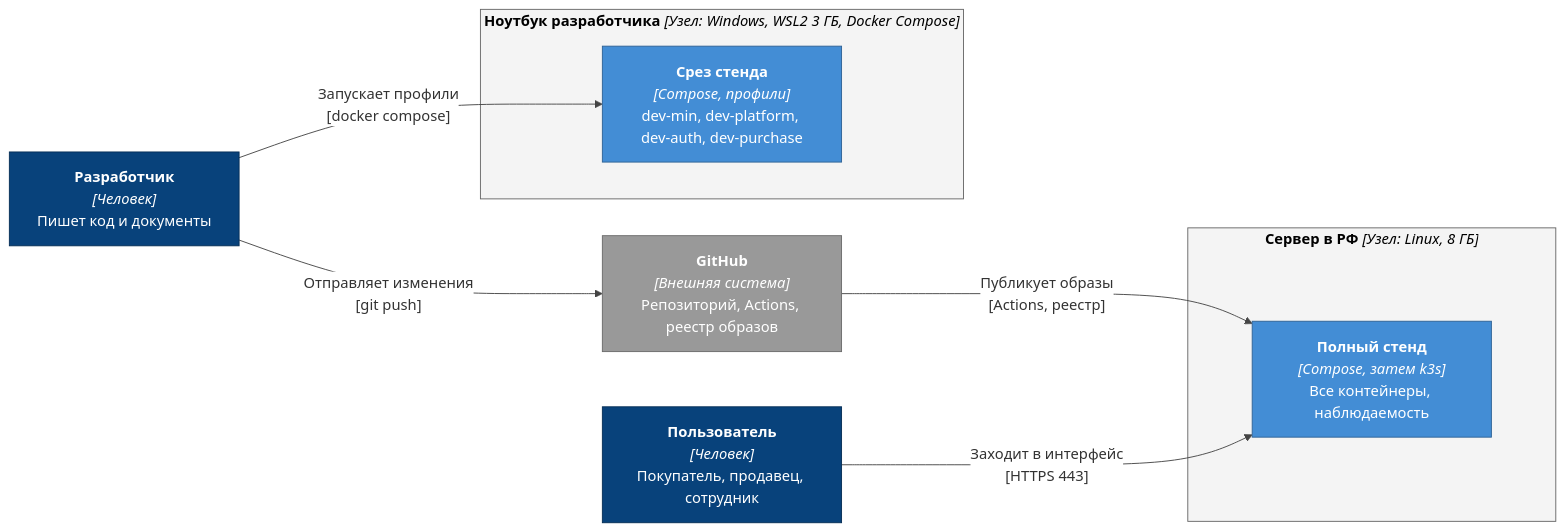
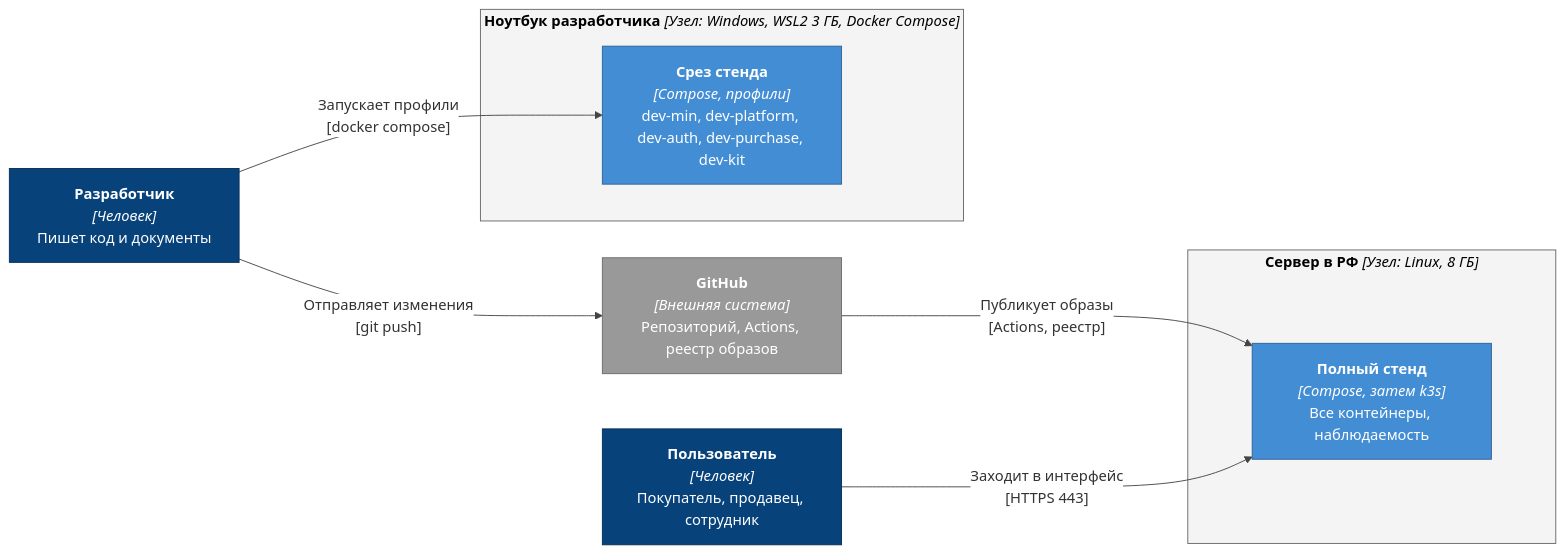
The first of 5 diagrams in docs/05-architecture/c4-deployment.md (Lapin143/digital-goods-marketplace), drawn with Mermaid before and after one commit. The commit also changed other lines of this file and 9 other files, not shown here.

First line of the commit message:
build: наборы dev-sellers и dev-kit

````diff
--- a/docs/05-architecture/c4-deployment.md
+++ b/docs/05-architecture/c4-deployment.md
@@ -30,29 +30,29 @@
 ```mermaid
 %%{init: {"theme":"base","themeVariables":{"edgeLabelBackground":"#ffffff","lineColor":"#444444"},"flowchart": {"nodeSpacing": 60, "rankSpacing": 140, "curve": "basis"}}}%%
 flowchart LR
     developer["<b>Разработчик</b><br/><i>[Человек]</i><br/>Пишет код и документы"]
     user["<b>Пользователь</b><br/><i>[Человек]</i><br/>Покупатель, продавец, сотрудник"]
     github["<b>GitHub</b><br/><i>[Внешняя система]</i><br/>Репозиторий, Actions, реестр образов"]
 
     subgraph laptop["<b>Ноутбук разработчика</b> <i>[Узел: Windows, WSL2 3 ГБ, Docker Compose]</i>"]
-        laptop-stand["<b>Срез стенда</b><br/><i>[Compose, профили]</i><br/>dev-min, dev-platform, dev-auth, dev-purchase"]
+        laptop-stand["<b>Срез стенда</b><br/><i>[Compose, профили]</i><br/>dev-min, dev-platform, dev-auth, dev-purchase, dev-kit"]
     end
 
     subgraph server["<b>Сервер в РФ</b> <i>[Узел: Linux, 8 ГБ]</i>"]
         server-stand["<b>Полный стенд</b><br/><i>[Compose, затем k3s]</i><br/>Все контейнеры, наблюдаемость"]
     end
 
     developer -->|"Запускает профили<br/>[docker compose]"| laptop-stand
     developer -->|"Отправляет изменения<br/>[git push]"| github
     github -->|"Публикует образы<br/>[Actions, реестр]"| server-stand
     user -->|"Заходит в интерфейс<br/>[HTTPS 443]"| server-stand
 
     classDef person fill:#08427b,stroke:#052e56,color:#ffffff
     classDef external fill:#999999,stroke:#6b6b6b,color:#ffffff
     classDef container fill:#438dd5,stroke:#2e6295,color:#ffffff
     class developer,user person
     class github external
     class laptop-stand,server-stand container
     style laptop fill:#f4f4f4,stroke:#666666,color:#000000
     style server fill:#f4f4f4,stroke:#666666,color:#000000
 ```
````
